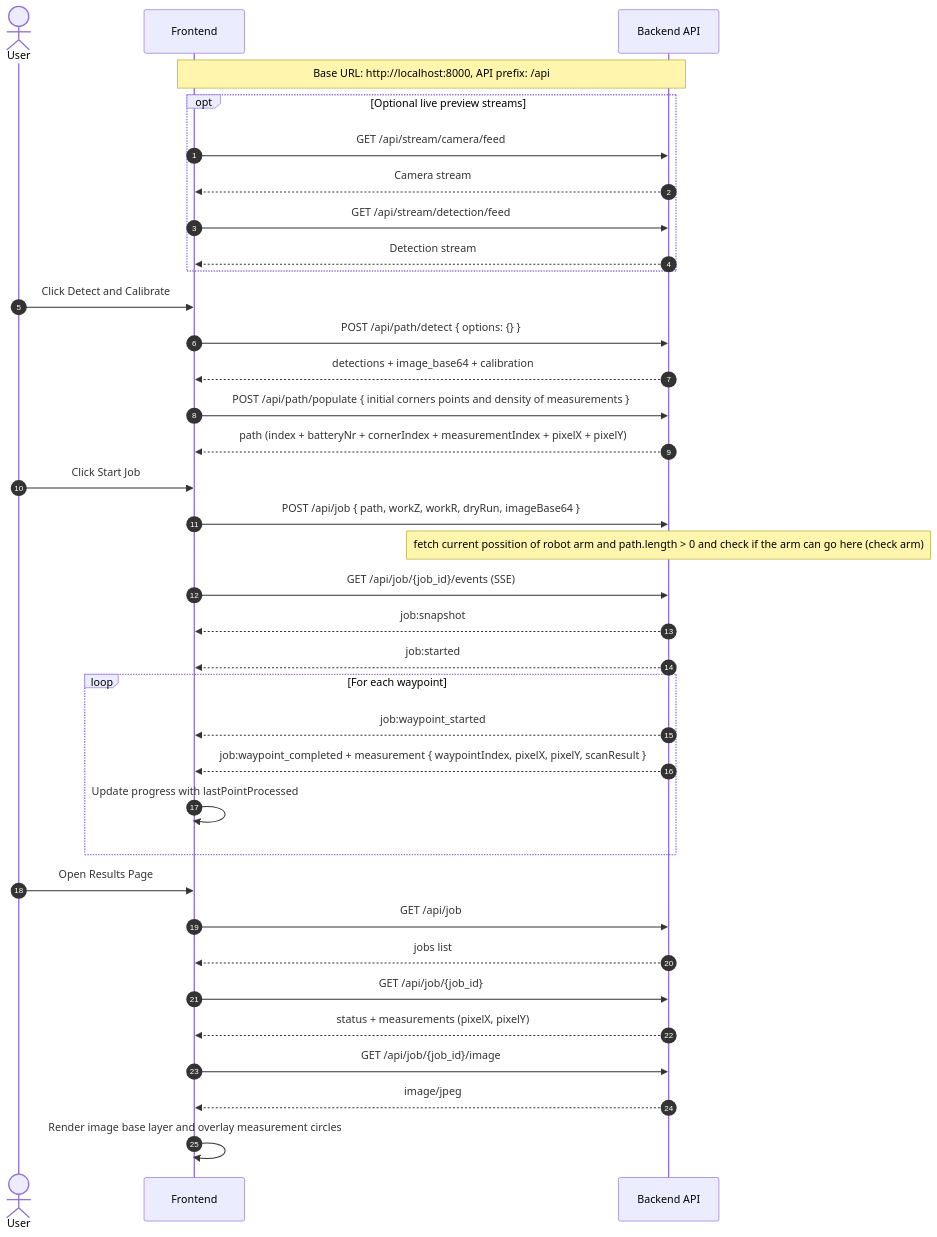
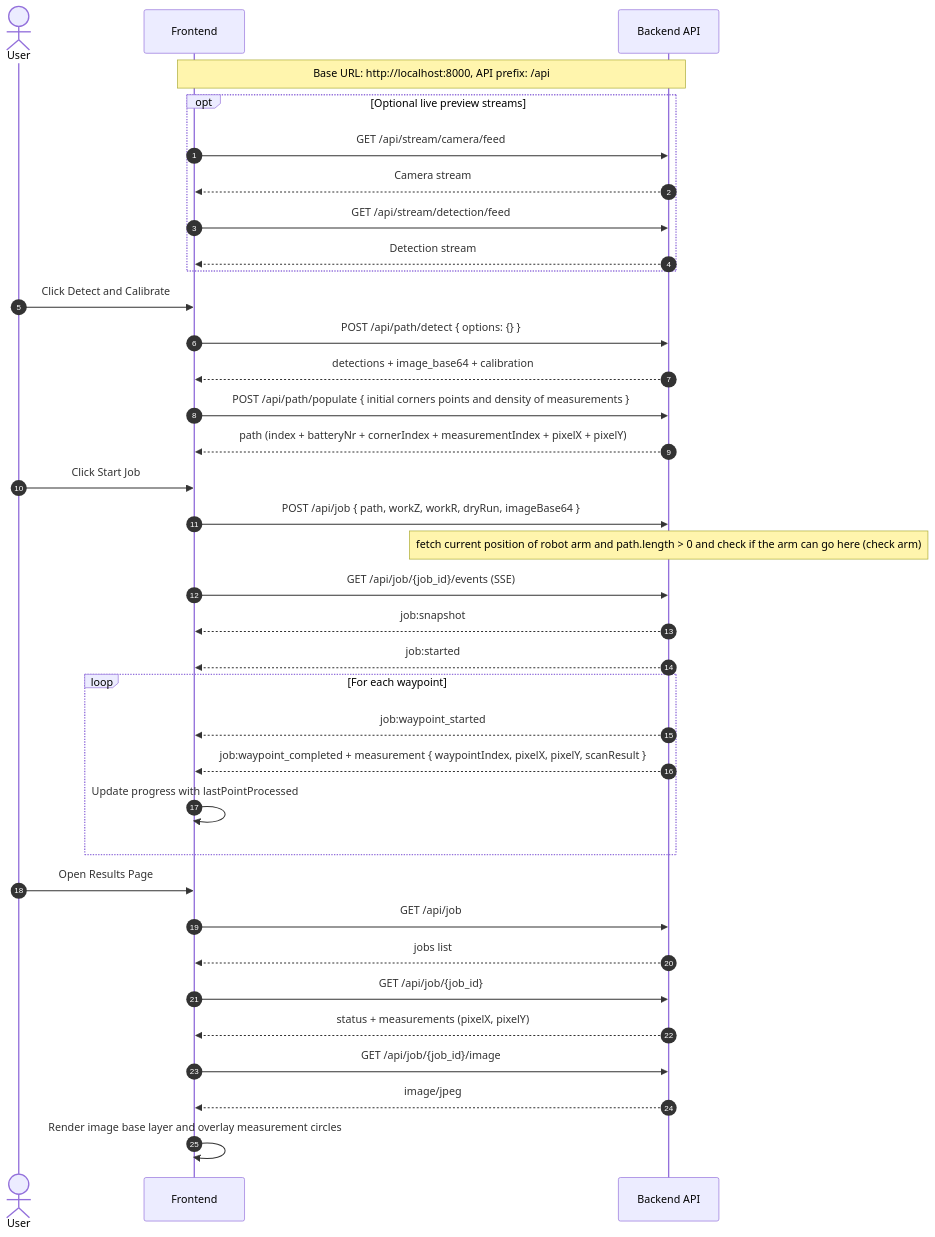
The diagram in docs/frontend-integration-diagram.md (NenaBot/nenabot-backend), drawn with Mermaid before and after one commit.

````diff
--- a/docs/frontend-integration-diagram.md
+++ b/docs/frontend-integration-diagram.md
@@ -1,46 +1,46 @@
 ```mermaid
 sequenceDiagram
     autonumber
     actor U as User
     participant FE as Frontend
     participant BE as Backend API
 
     Note over FE,BE: Base URL: http://localhost:8000, API prefix: /api
 
     opt Optional live preview streams
         FE->>BE: GET /api/stream/camera/feed
         BE-->>FE: Camera stream
         FE->>BE: GET /api/stream/detection/feed
         BE-->>FE: Detection stream
     end
 
     U->>FE: Click Detect and Calibrate
     FE->>BE: POST /api/path/detect { options: {} }
     BE-->>FE: detections + image_base64 + calibration
     FE->>BE: POST /api/path/populate { initial corners points and density of measurements }
     BE-->>FE: path (index + batteryNr + cornerIndex + measurementIndex + pixelX + pixelY)
 
     U->>FE: Click Start Job
     FE->>BE: POST /api/job { path, workZ, workR, dryRun, imageBase64 }
-    Note over BE: fetch current possition of robot arm and path.length > 0 and check if the arm can go here (check arm)
+    Note over BE: fetch current position of robot arm and path.length > 0 and check if the arm can go here (check arm)
 
 
     FE->>BE: GET /api/job/{job_id}/events (SSE)
     BE-->>FE: job:snapshot
     BE-->>FE: job:started
 
     loop For each waypoint
         BE-->>FE: job:waypoint_started
         BE-->>FE: job:waypoint_completed + measurement { waypointIndex, pixelX, pixelY, scanResult }
         FE->>FE: Update progress with lastPointProcessed
     end
 
     U->>FE: Open Results Page
     FE->>BE: GET /api/job
     BE-->>FE: jobs list
     FE->>BE: GET /api/job/{job_id}
     BE-->>FE: status + measurements (pixelX, pixelY)
     FE->>BE: GET /api/job/{job_id}/image
     BE-->>FE: image/jpeg
     FE->>FE: Render image base layer and overlay measurement circles
 ```
````
